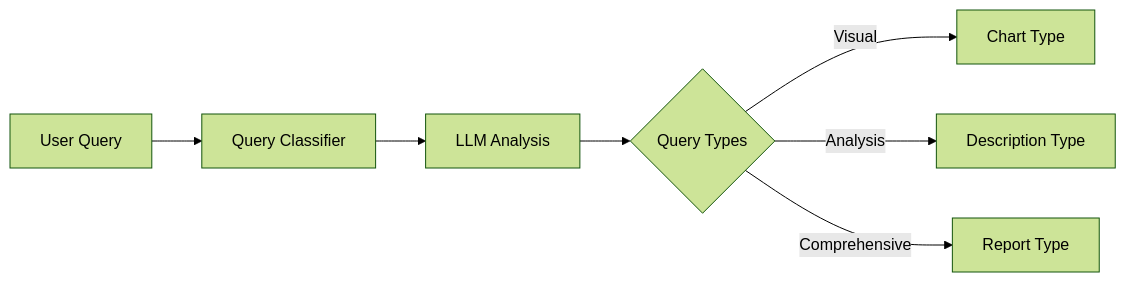
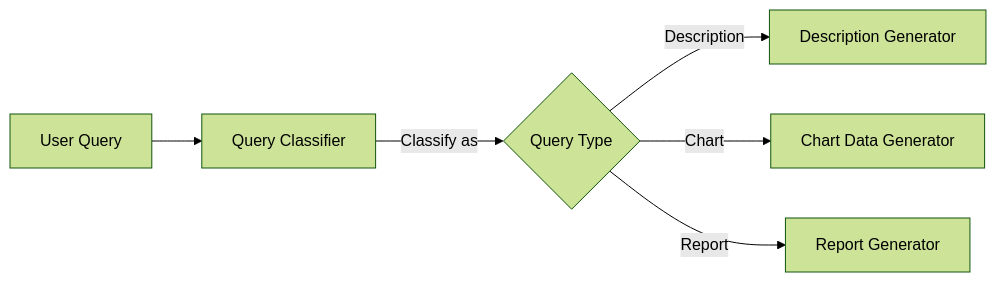
The second of 2 diagrams in docs/llm-architecture.md (RecceLabTechies/Documentations), drawn with Mermaid (forest theme) before and after one commit. The commit also changed other lines of this file and 2 other files, not shown here.

````diff
--- a/docs/llm-architecture.md
+++ b/docs/llm-architecture.md
@@ -37,9 +83,8 @@
 ```mermaid
 graph LR
-    Query[User Query] --> Classifier[Query Classifier]
-    Classifier --> LLM[LLM Analysis]
-    LLM --> Types{Query Types}
-    Types -->|Visual| Chart[Chart Type]
-    Types -->|Analysis| Description[Description Type]
-    Types -->|Comprehensive| Report[Report Type]
+    A[User Query] --> B[Query Classifier]
+    B -->|Classify as| C{Query Type}
+    C -->|Description| D[Description Generator]
+    C -->|Chart| E[Chart Data Generator]
+    C -->|Report| F[Report Generator]
 ```
````
